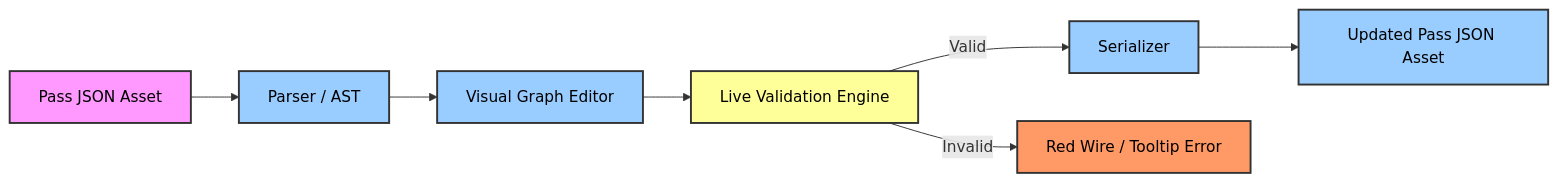
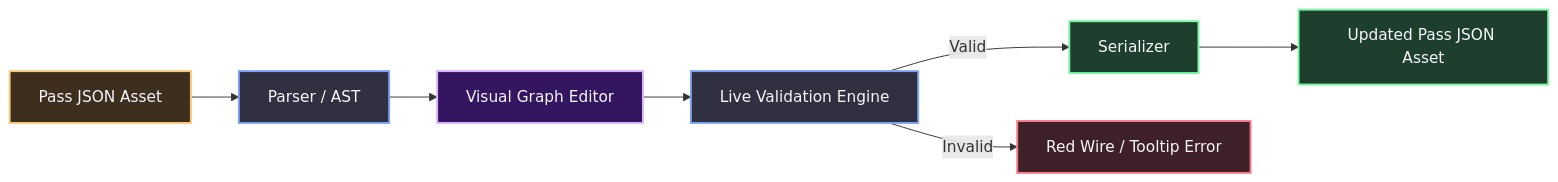
Before and after one commit to Astin-A/the-workshop: the second of 4 diagrams in content/Engine shit/O3DE/Atomic/4 Data-Driven Workflow Refactoring (Visual Tools & Debugging).md, drawn with Mermaid. The commit also changed other lines of this file and 24 other files, not shown here.

````diff
--- a/content/Engine shit/O3DE/Atomic/4 Data-Driven Workflow Refactoring (Visual Tools & Debugging).md
+++ b/content/Engine shit/O3DE/Atomic/4 Data-Driven Workflow Refactoring (Visual Tools & Debugging).md
@@ -42,17 +45,23 @@
 ```mermaid
 graph LR
     A[Pass JSON Asset] --> B[Parser / AST]
     B --> C[Visual Graph Editor]
     C --> D[Live Validation Engine]
     D -->|Valid| E[Serializer]
     D -->|Invalid| F[Red Wire / Tooltip Error]
     E --> G[Updated Pass JSON Asset]
 
-    style A fill:#f9f,stroke:#333,stroke-width:2px,color:#000
-    style B fill:#9cf,stroke:#333,stroke-width:2px,color:#000
-    style C fill:#9cf,stroke:#333,stroke-width:2px,color:#000
-    style D fill:#ff9,stroke:#333,stroke-width:2px,color:#000
-    style E fill:#9cf,stroke:#333,stroke-width:2px,color:#000
-    style F fill:#f96,stroke:#333,stroke-width:2px,color:#000
-    style G fill:#9cf,stroke:#333,stroke-width:2px,color:#000
+    classDef warning fill:#3e2e1e,stroke:#f7c87a,stroke-width:2px,color:#f5f5fa;
+    classDef default fill:#303040,stroke:#7aa2f7,stroke-width:2px,color:#f5f5fa;
+    classDef highlight fill:#341660,stroke:#d8b4fe,stroke-width:2px,color:#f5f5fa;
+    classDef success fill:#1e3f2e,stroke:#7af7a2,stroke-width:2px,color:#f5f5fa;
+    classDef danger fill:#3e2028,stroke:#f77a8a,stroke-width:2px,color:#f5f5fa;
+
+    class A warning;
+    class B default;
+    class C highlight;
+    class D default;
+    class E success;
+    class F danger;
+    class G success;
 ```
````
